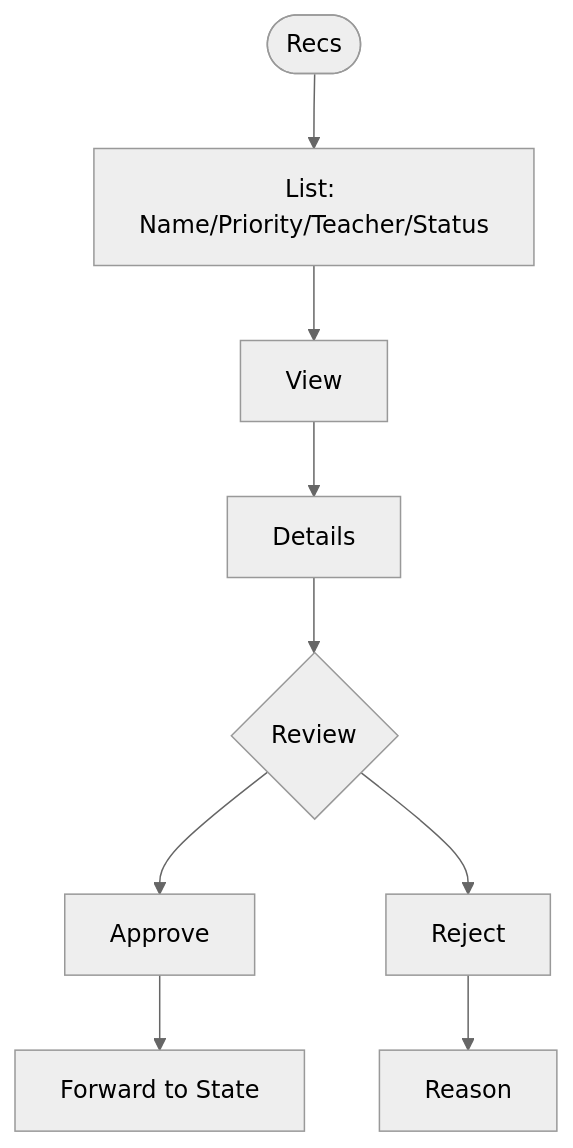
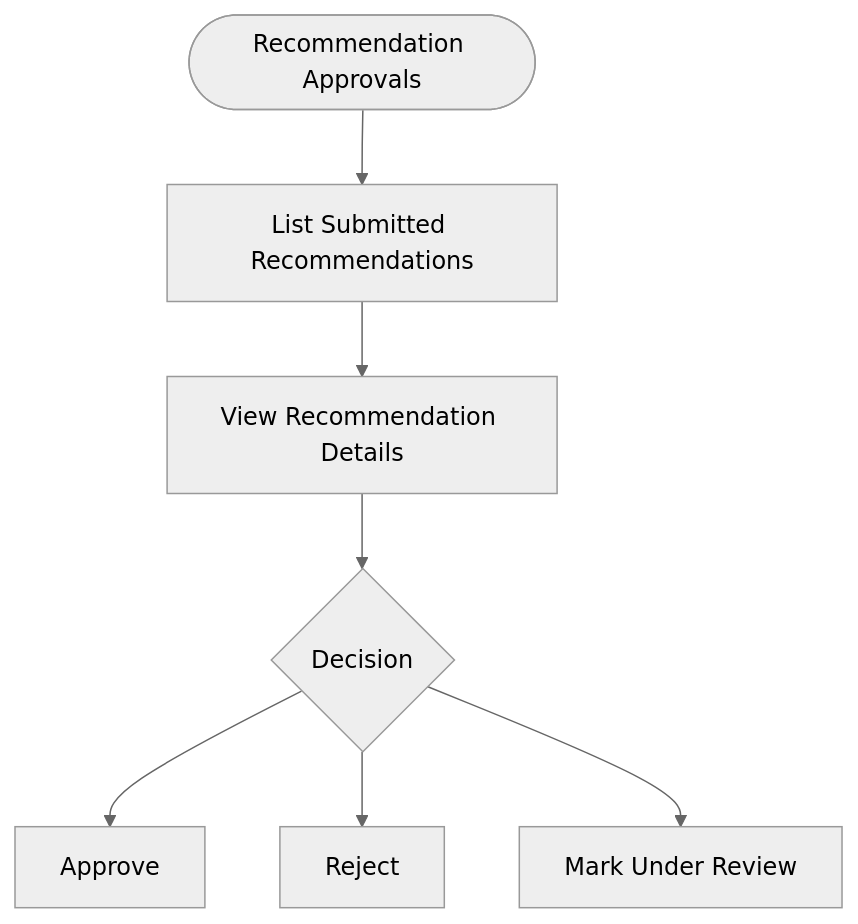
One commit to gunjangupta-gh/placeintern changed diagram 12 of 27 in TRAINING_CALENDAR_FLOW_DIAGRAMS.md. Above: the diagram before and after it, drawn with Mermaid (neutral theme). The commit also changed other lines of this file and 1 other file, not shown here.

````diff
--- a/TRAINING_CALENDAR_FLOW_DIAGRAMS.md
+++ b/TRAINING_CALENDAR_FLOW_DIAGRAMS.md
@@ -221,7 +190,9 @@
 ```mermaid
 flowchart TD
-    A([Recs])-->B[List: Name/Priority/Teacher/Status]
-    B-->C[View]-->D[Details]-->E{Review}
-    E-->F[Approve]-->G[Forward to State]
-    E-->H[Reject]-->I[Reason]
+    A([Recommendation Approvals]) --> B[List Submitted Recommendations]
+    B --> C[View Recommendation Details]
+    C --> D{Decision}
+    D --> E[Approve]
+    D --> F[Reject]
+    D --> G[Mark Under Review]
 ```
````
